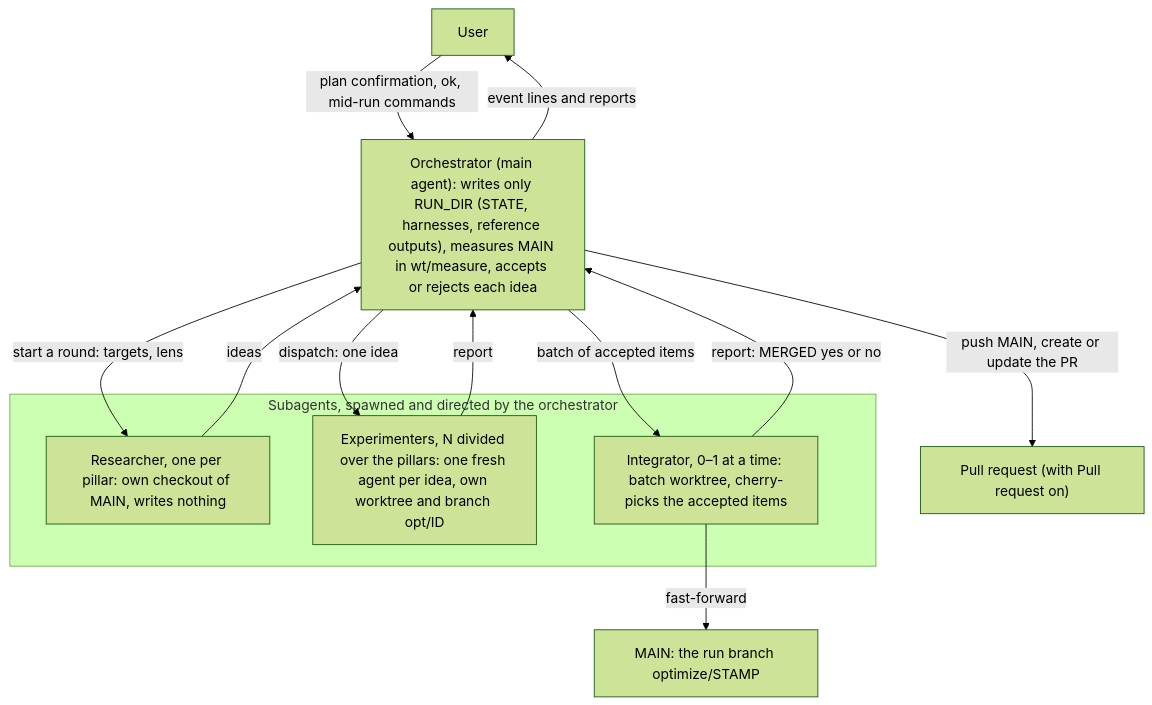
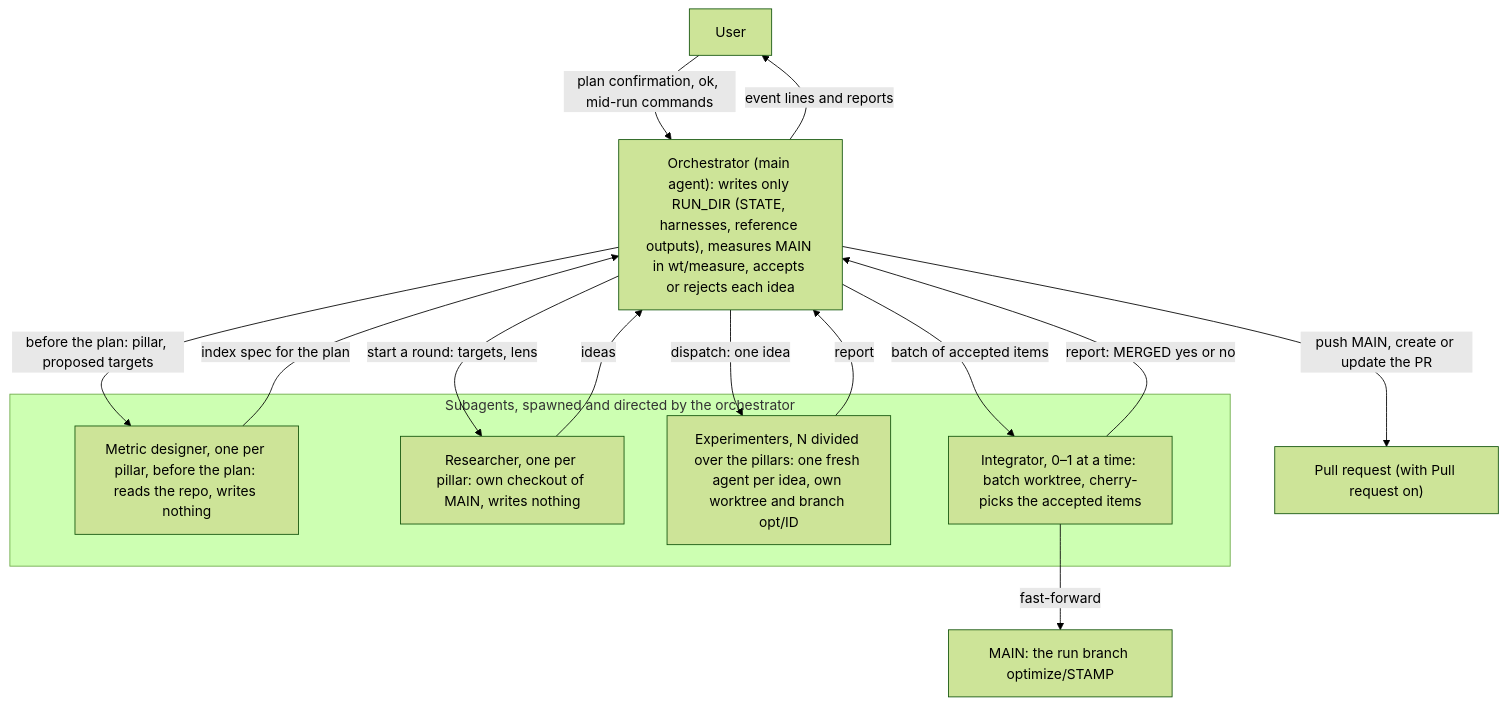
One commit to prucsakos/claude-code-tools changed the diagram in README.md. Above: the diagram before and after it, drawn with Mermaid (forest theme). The commit also changed 2 other files, not shown here.

Commit message:
opt(171): metric designer role: metric-designer-prompt.md (read-only, one per pillar before the plan, reply block with MEASURES, COMPONENTS, SPEC), SKILL.md five roles, Roles row, Metric designer paragraph, section 2 row, Index row and setup step 2 take the designer's reply; README diagram node
Optimize-Run: 20261110-0852
Target: Evaluation & reporting: Metric index

````diff
--- a/README.md
+++ b/README.md
@@ -130,22 +130,25 @@
 ```mermaid
 flowchart TD
     U["User"]
     O["Orchestrator (main agent): writes only RUN_DIR (STATE, harnesses, reference outputs), measures MAIN in wt/measure, accepts or rejects each idea"]
     subgraph S["Subagents, spawned and directed by the orchestrator"]
+        D["Metric designer, one per pillar, before the plan: reads the repo, writes nothing"]
         R["Researcher, one per pillar: own checkout of MAIN, writes nothing"]
         E["Experimenters, N divided over the pillars: one fresh agent per idea, own worktree and branch opt/ID"]
         I["Integrator, 0–1 at a time: batch worktree, cherry-picks the accepted items"]
     end
     M["MAIN: the run branch optimize/STAMP"]
     P["Pull request (with Pull request on)"]
     U -->|"plan confirmation, ok, mid-run commands"| O
     O -->|"event lines and reports"| U
+    O -->|"before the plan: pillar, proposed targets"| D
+    D -->|"index spec for the plan"| O
     O -->|"start a round: targets, lens"| R
     R -->|"ideas"| O
     O -->|"dispatch: one idea"| E
     E -->|"report"| O
     O -->|"batch of accepted items"| I
     I -->|"report: MERGED yes or no"| O
     I -->|"fast-forward"| M
     O -->|"push MAIN, create or update the PR"| P
 ```
````
